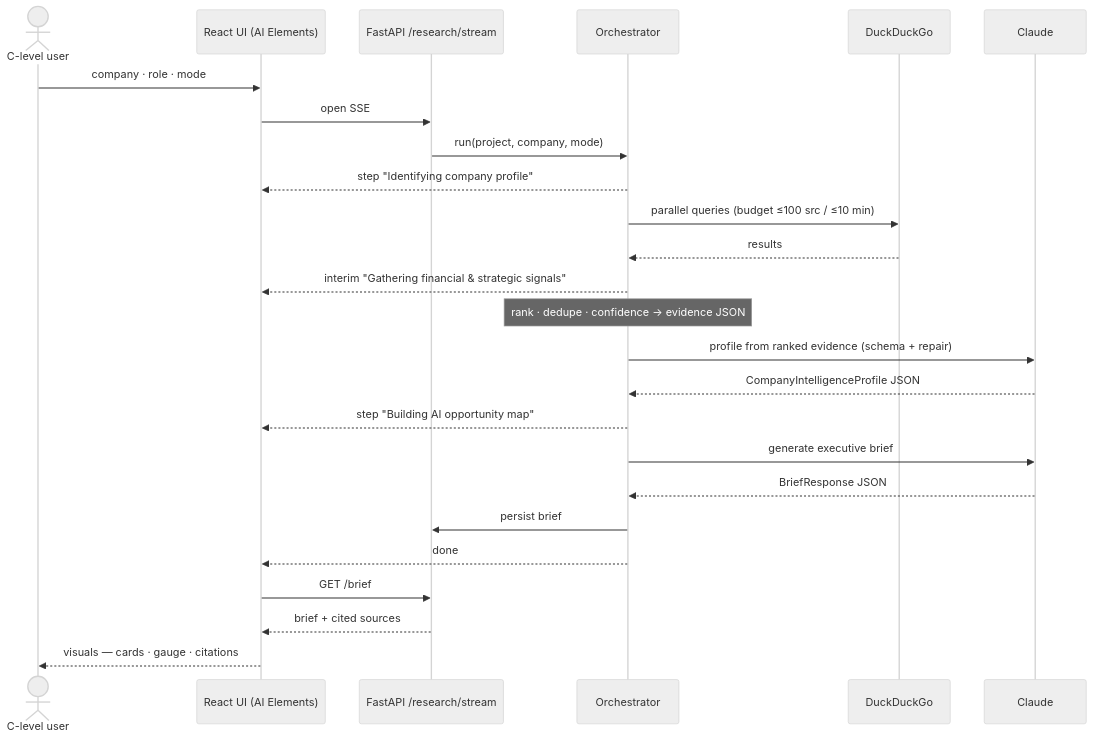
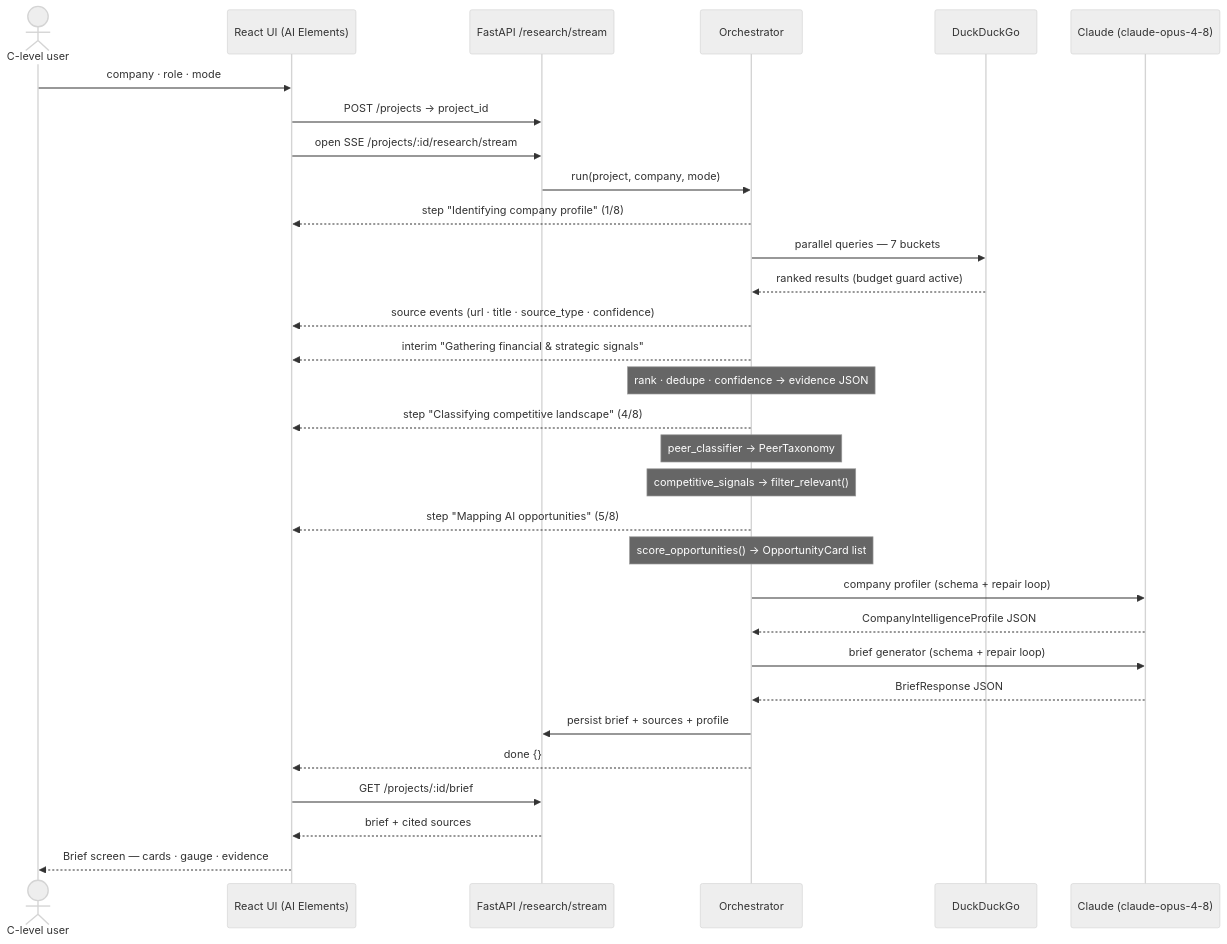
One commit to iodriller/ai-readiness-lab changed the third of 4 diagrams in docs/ARCHITECTURE.md. Above: the diagram before and after it, drawn with Mermaid (neutral theme). The commit also changed other lines of this file and 6 other files, not shown here.

First line of the commit message:
Polish report PDF, add boot splash, update architecture docs

````diff
--- a/docs/ARCHITECTURE.md
+++ b/docs/ARCHITECTURE.md
@@ -128,28 +147,34 @@
 ```mermaid
 sequenceDiagram
     actor U as C-level user
     participant UI as React UI (AI Elements)
     participant API as FastAPI /research/stream
     participant ORCH as Orchestrator
     participant DDG as DuckDuckGo
-    participant LLM as Claude
+    participant LLM as Claude (claude-opus-4-8)
 
     U->>UI: company · role · mode
-    UI->>API: open SSE
+    UI->>API: POST /projects → project_id
+    UI->>API: open SSE /projects/:id/research/stream
     API->>ORCH: run(project, company, mode)
-    ORCH-->>UI: step "Identifying company profile"
-    ORCH->>DDG: parallel queries (budget ≤100 src / ≤10 min)
-    DDG-->>ORCH: results
+    ORCH-->>UI: step "Identifying company profile" (1/8)
+    ORCH->>DDG: parallel queries — 7 buckets
+    DDG-->>ORCH: ranked results (budget guard active)
+    ORCH-->>UI: source events (url · title · source_type · confidence)
     ORCH-->>UI: interim "Gathering financial & strategic signals"
     Note over ORCH: rank · dedupe · confidence → evidence JSON
-    ORCH->>LLM: profile from ranked evidence (schema + repair)
+    ORCH-->>UI: step "Classifying competitive landscape" (4/8)
+    Note over ORCH: peer_classifier → PeerTaxonomy
+    Note over ORCH: competitive_signals → filter_relevant()
+    ORCH-->>UI: step "Mapping AI opportunities" (5/8)
+    Note over ORCH: score_opportunities() → OpportunityCard list
+    ORCH->>LLM: company profiler (schema + repair loop)
     LLM-->>ORCH: CompanyIntelligenceProfile JSON
-    ORCH-->>UI: step "Building AI opportunity map"
-    ORCH->>LLM: generate executive brief
+    ORCH->>LLM: brief generator (schema + repair loop)
     LLM-->>ORCH: BriefResponse JSON
-    ORCH->>API: persist brief
-    ORCH-->>UI: done
-    UI->>API: GET /brief
+    ORCH->>API: persist brief + sources + profile
+    ORCH-->>UI: done {}
+    UI->>API: GET /projects/:id/brief
     API-->>UI: brief + cited sources
-    UI-->>U: visuals — cards · gauge · citations
+    UI-->>U: Brief screen — cards · gauge · evidence
 ```
````
